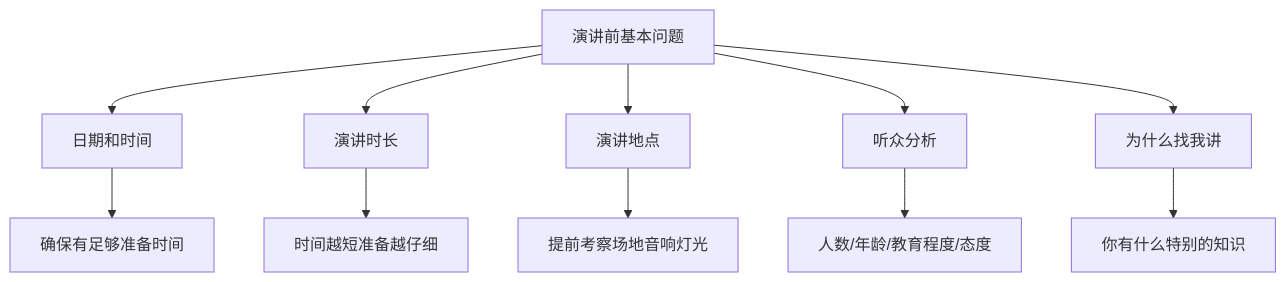
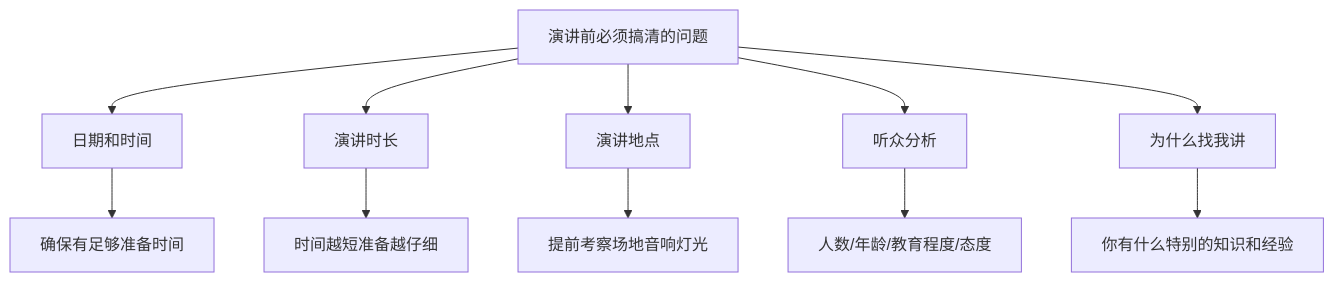
Before and after one commit to chongyang211/YCBookBlog: the first of 12 diagrams in 10.自我进阶提升书/06.语言沟通的演进/6.7公众演讲的提升.md, drawn with Mermaid. The commit also changed other lines of this file and 8 other files, not shown here.

````diff
--- a/10.自我进阶提升书/06.语言沟通的演进/6.7公众演讲的提升.md
+++ b/10.自我进阶提升书/06.语言沟通的演进/6.7公众演讲的提升.md
@@ -20,13 +19,13 @@
 ```mermaid
 graph TD
-    A[演讲前基本问题] --> B[日期和时间]
+    A[演讲前必须搞清的问题] --> B[日期和时间]
     A --> C[演讲时长]
     A --> D[演讲地点]
     A --> E[听众分析]
     A --> F[为什么找我讲]
     B --> B1[确保有足够准备时间]
     C --> C1[时间越短准备越仔细]
     D --> D1[提前考察场地音响灯光]
     E --> E1[人数/年龄/教育程度/态度]
-    F --> F1[你有什么特别的知识]
+    F --> F1[你有什么特别的知识和经验]
 ```
````
